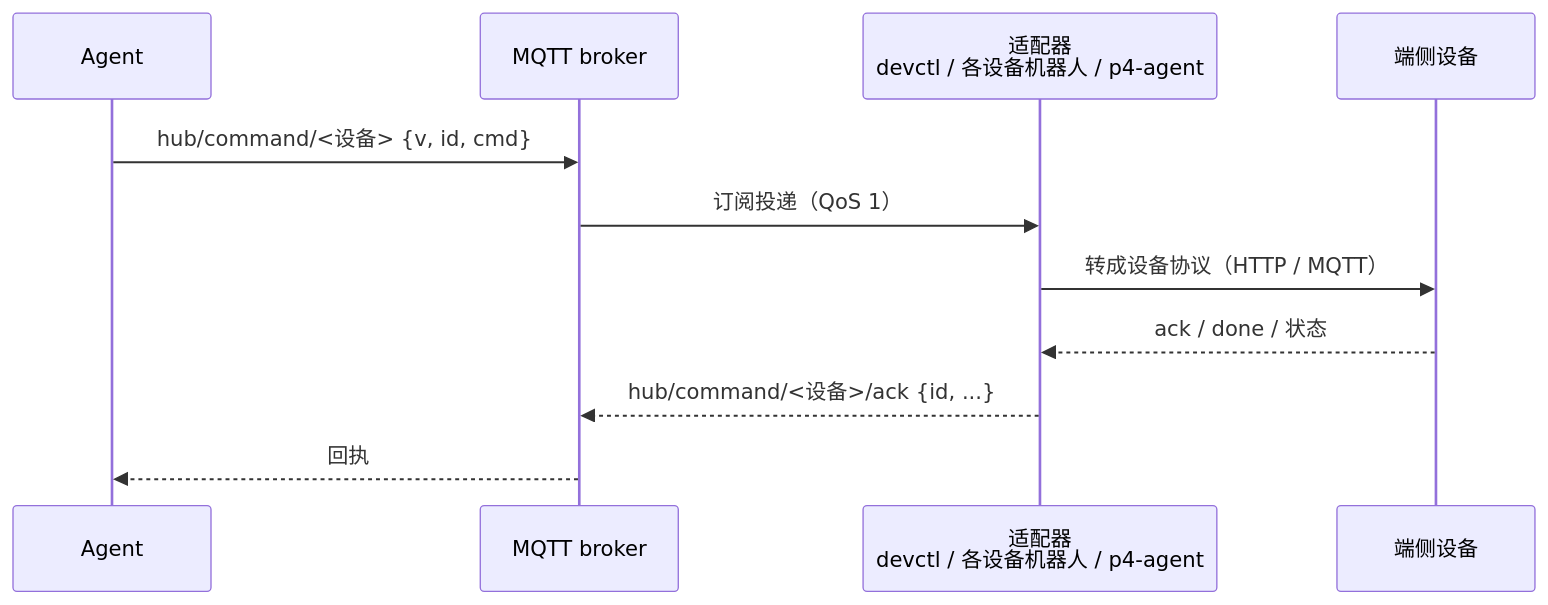
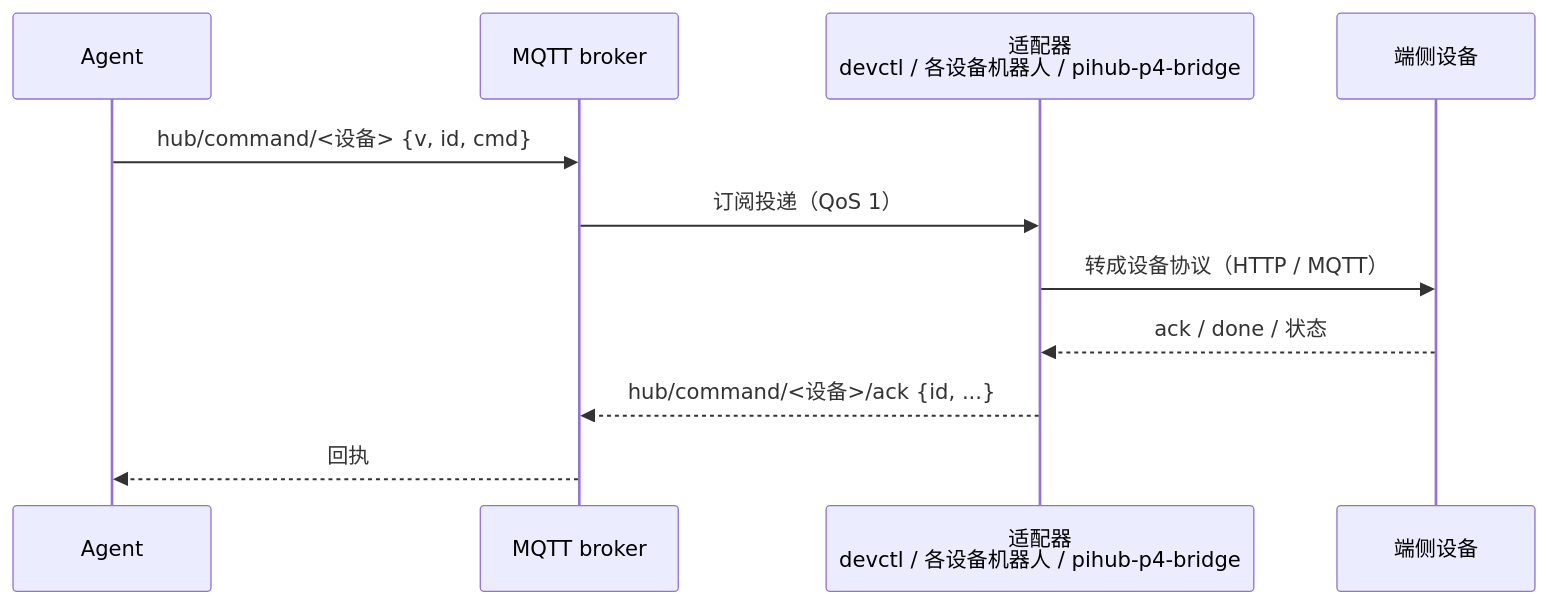
One commit to Ly-Systems-Lab/Agent-Ops-Edge-Hub changed the second of 2 diagrams in docs/ARCHITECTURE.md. Above: the diagram before and after it, drawn with Mermaid. The commit also changed other lines of this file and 47 other files, not shown here.

````diff
--- a/docs/ARCHITECTURE.md
+++ b/docs/ARCHITECTURE.md
@@ -60,14 +60,14 @@
 ```mermaid
 sequenceDiagram
     participant A as Agent
     participant B as MQTT broker
-    participant H as 适配器<br/>devctl / 各设备机器人 / p4-agent
+    participant H as 适配器<br/>devctl / 各设备机器人 / pihub-p4-bridge
     participant D as 端侧设备
 
     A->>B: hub/command/<设备>  {v, id, cmd}
     B->>H: 订阅投递（QoS 1）
     H->>D: 转成设备协议（HTTP / MQTT）
     D-->>H: ack / done / 状态
     H-->>B: hub/command/<设备>/ack  {id, ...}
     B-->>A: 回执
 ```
````
